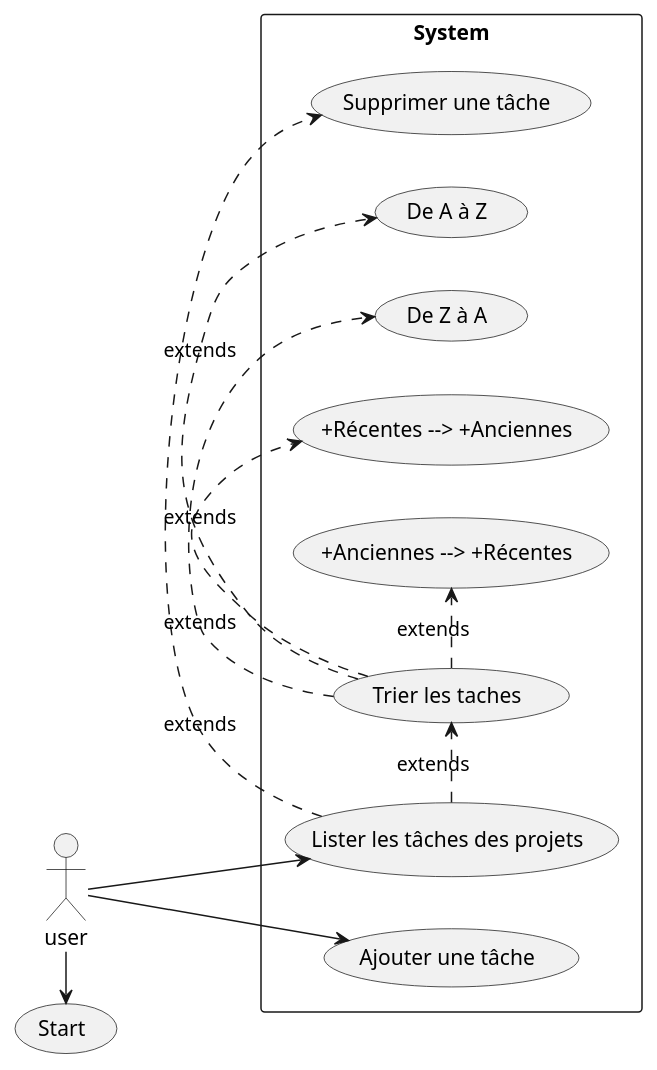
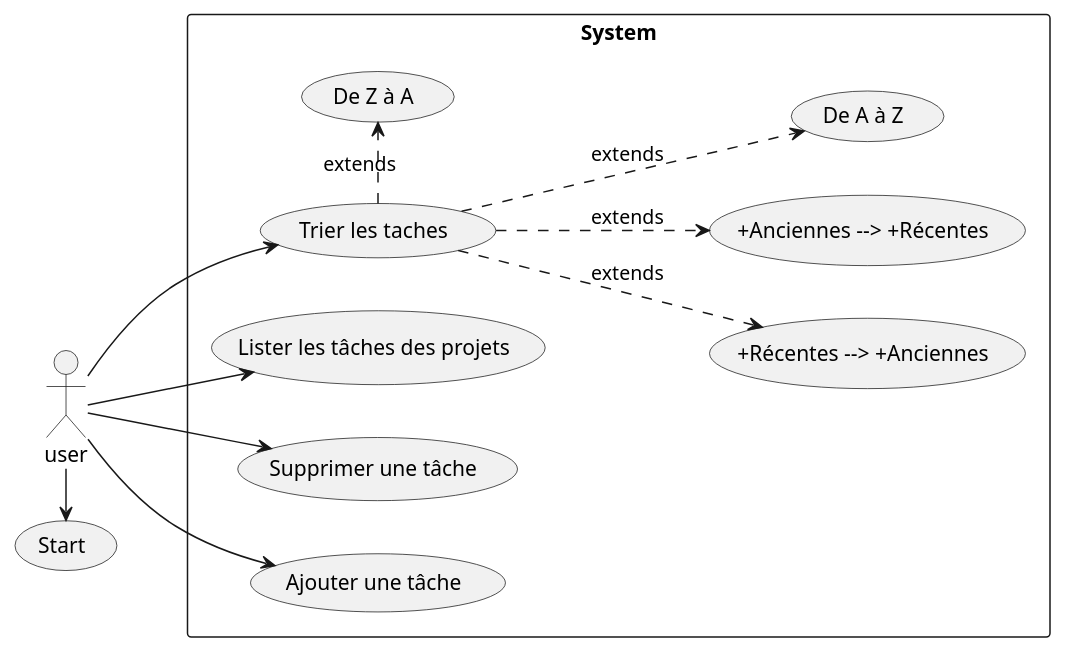
The diagram in Use_cases.puml (rGreenData/todoc-master-), drawn with PlantUML before and after one commit. The commit also changed 12 other files, not shown here.

```diff
--- a/Use_cases.puml
+++ b/Use_cases.puml
@@ -1,20 +1,21 @@
 @startuml
 
 left to right direction
 skinparam packageStyle rectangle
 actor user
 user -> (Start)
 
 Rectangle System {
 user --> (Lister les tâches des projets)
-(Lister les tâches des projets) .> (Supprimer une tâche):extends
+user --> (Supprimer une tâche)
 user --> (Ajouter une tâche)
+user --> (Trier les taches)
 
-(Lister les tâches des projets) .> (Trier les taches):extends
-(Trier les taches) .>  (De A à Z):extends
+(Trier les taches) -.> (+Récentes --> +Anciennes):extends
+(Trier les taches) -.> (+Anciennes --> +Récentes):extends
+(Trier les taches) -.>  (De A à Z):extends
 (Trier les taches) .> (De Z à A):extends
-(Trier les taches) .> (+Récentes --> +Anciennes):extends
-(Trier les taches) .> (+Anciennes --> +Récentes):extends
+
 }
 
 @enduml
```
